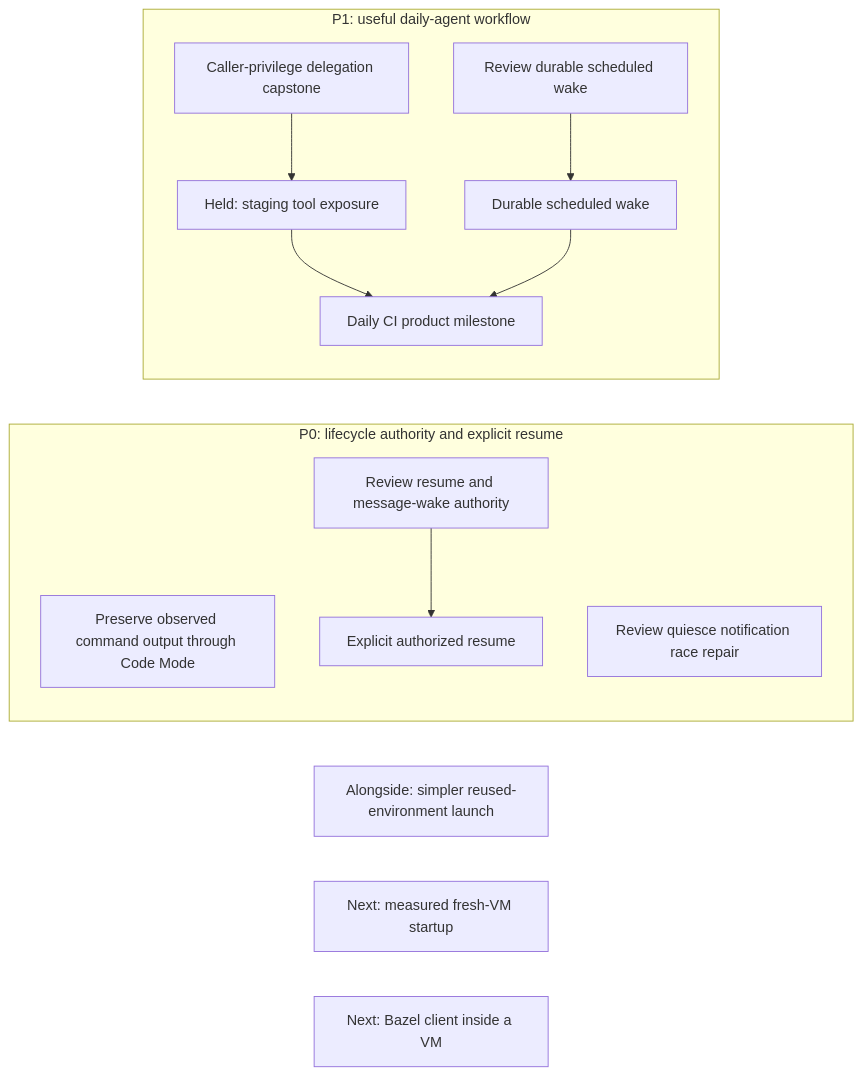
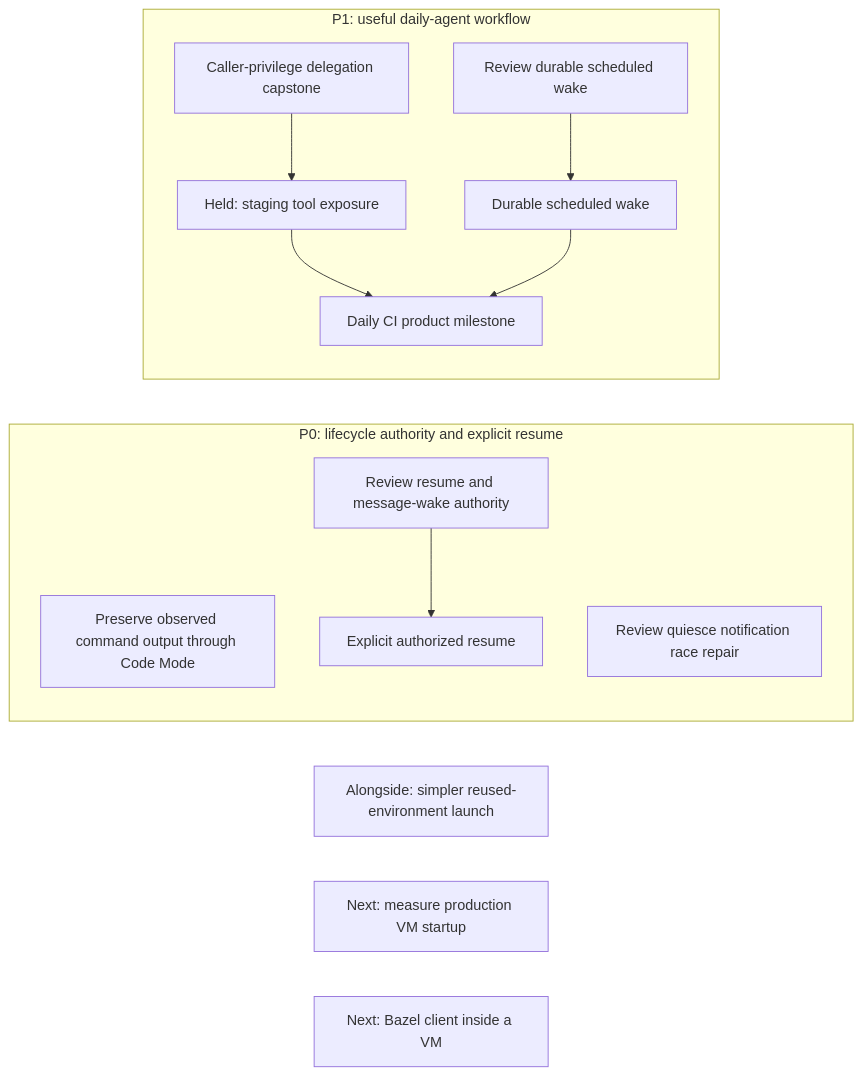
Before and after one commit to agentydragon/ducktape: the first of 18 diagrams in agentplane/plans/task_dag.md, drawn with Mermaid. The commit also changed other lines of this file and 1 other file, not shown here.

Commit message:
Document VM startup prior work and measurement gap

````diff
--- a/agentplane/plans/task_dag.md
+++ b/agentplane/plans/task_dag.md
@@ -191,19 +191,19 @@
 ```mermaid
 flowchart LR
     subgraph PRIORITY_ZERO[P0: lifecycle authority and explicit resume]
         CODE_MODE_OUTPUT_LOSS[Preserve observed command output through Code Mode]
         RUNTIME_QUIESCE_WAKE[Review quiesce notification race repair]
         SANDBOX_LIFECYCLE_AUTHORIZATION_DESIGN[Review resume and message-wake authority]
         SANDBOX_LIFECYCLE_AUTHORIZATION_DESIGN --> EXEC_SUSPENDED_RESUME[Explicit authorized resume]
     end
     subgraph PRIORITY_ONE[P1: useful daily-agent workflow]
         THREAD_CREATE_AUTHORIZATION[Caller-privilege delegation capstone]
         THREAD_CREATE_AUTHORIZATION --> SESSION_DELEGATION_ACTIVATION[Held: staging tool exposure]
         SESSION_DELEGATION_ACTIVATION --> DAILY_CI_AGENT[Daily CI product milestone]
         SCHEDULED_AGENT_WAKE_DESIGN[Review durable scheduled wake] --> SCHEDULED_AGENT_WAKE
         SCHEDULED_AGENT_WAKE[Durable scheduled wake] --> DAILY_CI_AGENT
     end
     SESSION_LAUNCH_FRICTION[Alongside: simpler reused-environment launch]
-    VM_STARTUP_LATENCY[Next: measured fresh-VM startup]
+    VM_STARTUP_LATENCY[Next: measure production VM startup]
     LOCAL_BAZEL[Next: Bazel client inside a VM]
 ```
````
